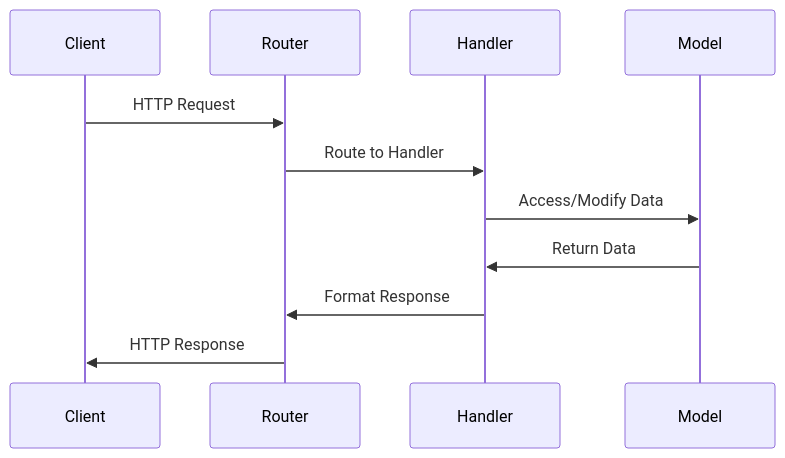
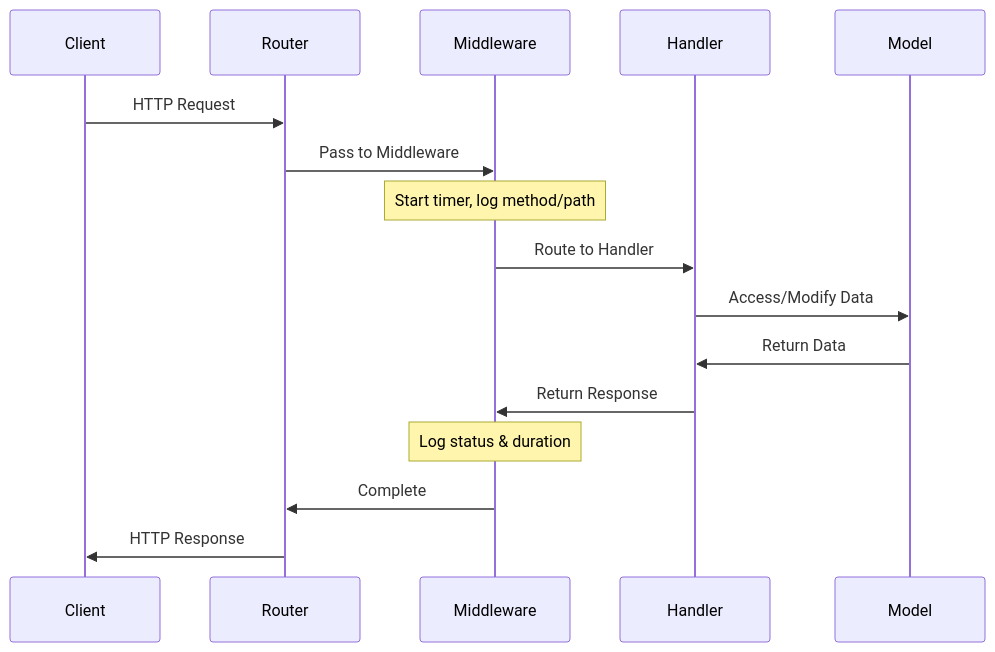
Before and after one commit to gamefiend/doc-agent-demo: the second of 3 diagrams in docs/ARCHITECTURE.md, drawn with Mermaid. The commit also changed other lines of this file and 4 other files, not shown here.

````diff
--- a/docs/ARCHITECTURE.md
+++ b/docs/ARCHITECTURE.md
@@ -74,14 +128,19 @@
 ```mermaid
 sequenceDiagram
     participant C as Client
     participant R as Router
+    participant MW as Middleware
     participant H as Handler
     participant M as Model
 
     C->>R: HTTP Request
-    R->>H: Route to Handler
+    R->>MW: Pass to Middleware
+    Note over MW: Start timer, log method/path
+    MW->>H: Route to Handler
     H->>M: Access/Modify Data
     M->>H: Return Data
-    H->>R: Format Response
+    H->>MW: Return Response
+    Note over MW: Log status & duration
+    MW->>R: Complete
     R->>C: HTTP Response
 ```
````
